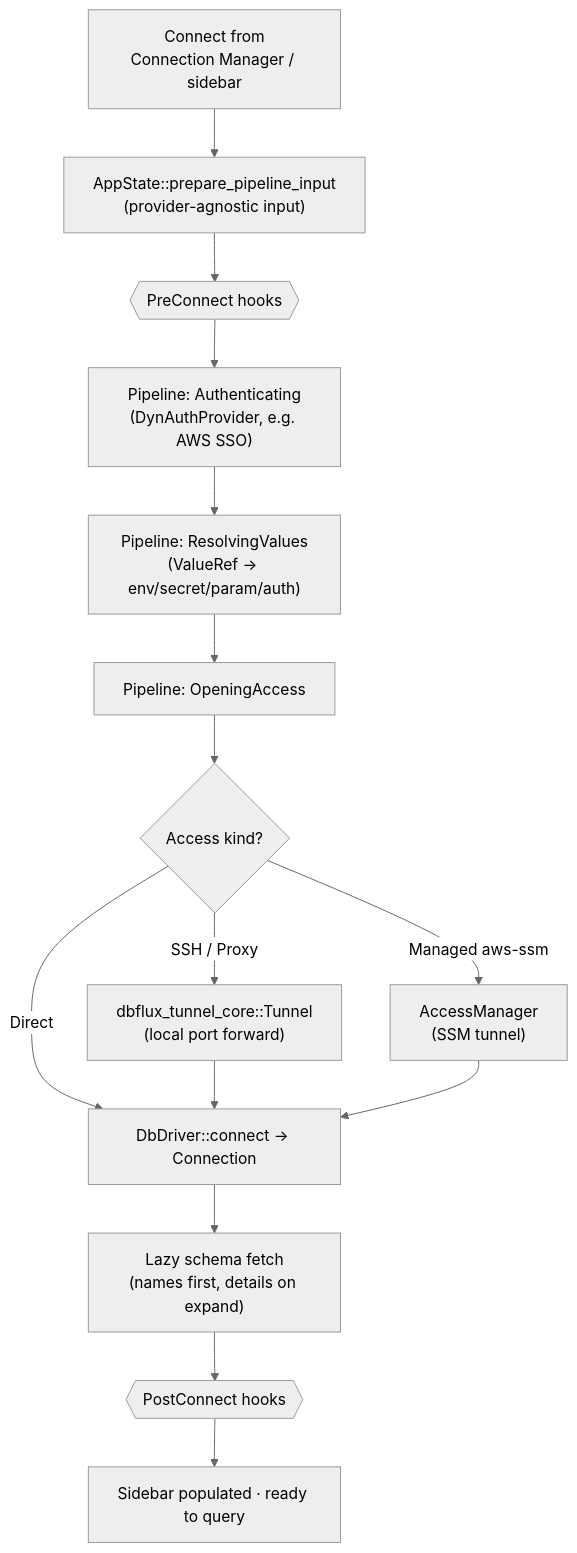
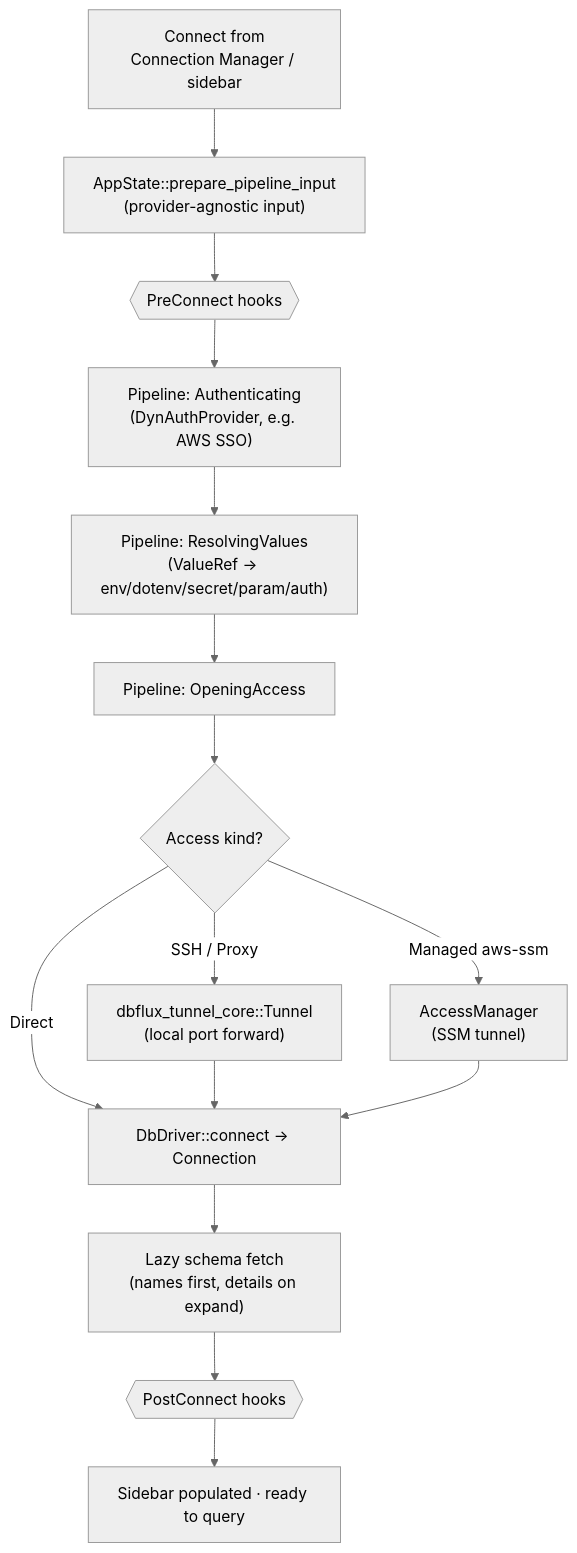
The third of 3 diagrams in ARCHITECTURE.md (0xErwin1/dbflux), drawn with Mermaid (neutral theme) before and after one commit. The commit also changed 25 other files, not shown here.

First line of the commit message:
feat: environment variable and dotenv secret sources (#1185)

````diff
--- a/ARCHITECTURE.md
+++ b/ARCHITECTURE.md
@@ -96,15 +96,15 @@
 ```mermaid
 flowchart TB
     start["Connect from<br/>Connection Manager / sidebar"] --> prep["AppState::prepare_pipeline_input<br/>(provider-agnostic input)"]
     prep --> pre{{"PreConnect hooks"}}
     pre --> auth["Pipeline: Authenticating<br/>(DynAuthProvider, e.g. AWS SSO)"]
-    auth --> values["Pipeline: ResolvingValues<br/>(ValueRef → env/secret/param/auth)"]
+    auth --> values["Pipeline: ResolvingValues<br/>(ValueRef → env/dotenv/secret/param/auth)"]
     values --> access["Pipeline: OpeningAccess"]
     access --> tunnel{"Access kind?"}
     tunnel -->|Direct| connect
     tunnel -->|SSH / Proxy| t1["dbflux_tunnel_core::Tunnel<br/>(local port forward)"] --> connect
     tunnel -->|Managed aws-ssm| t2["AccessManager<br/>(SSM tunnel)"] --> connect
     connect["DbDriver::connect → Connection"] --> schema["Lazy schema fetch<br/>(names first, details on expand)"]
     schema --> post{{"PostConnect hooks"}}
     post --> ready["Sidebar populated · ready to query"]
 ```
````
